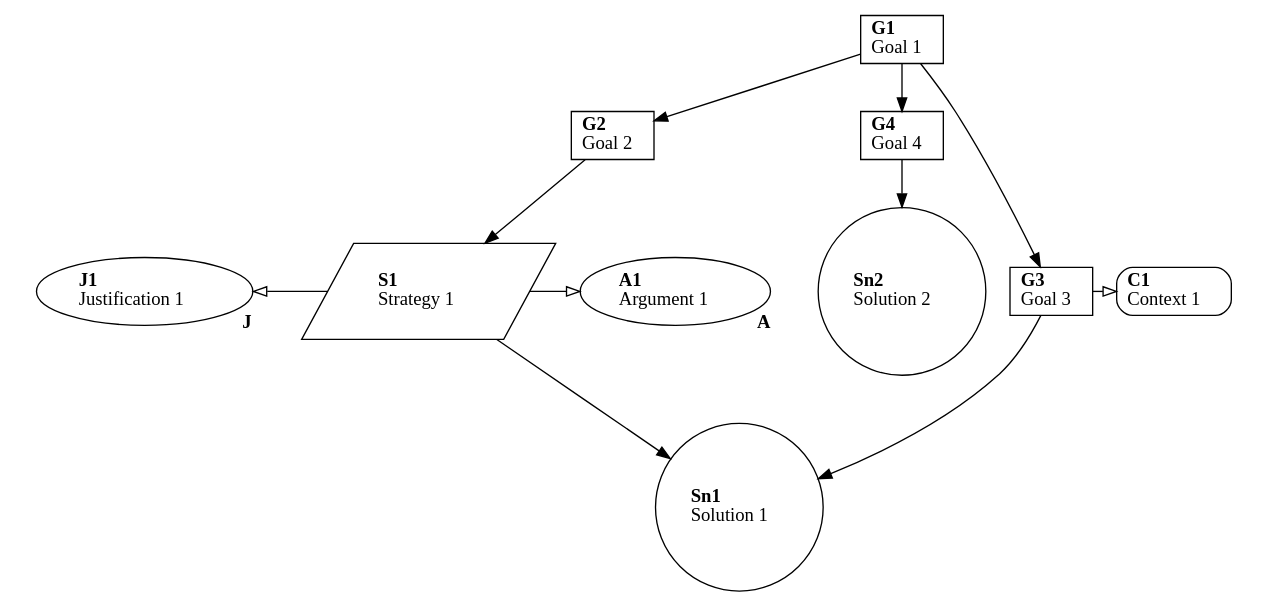
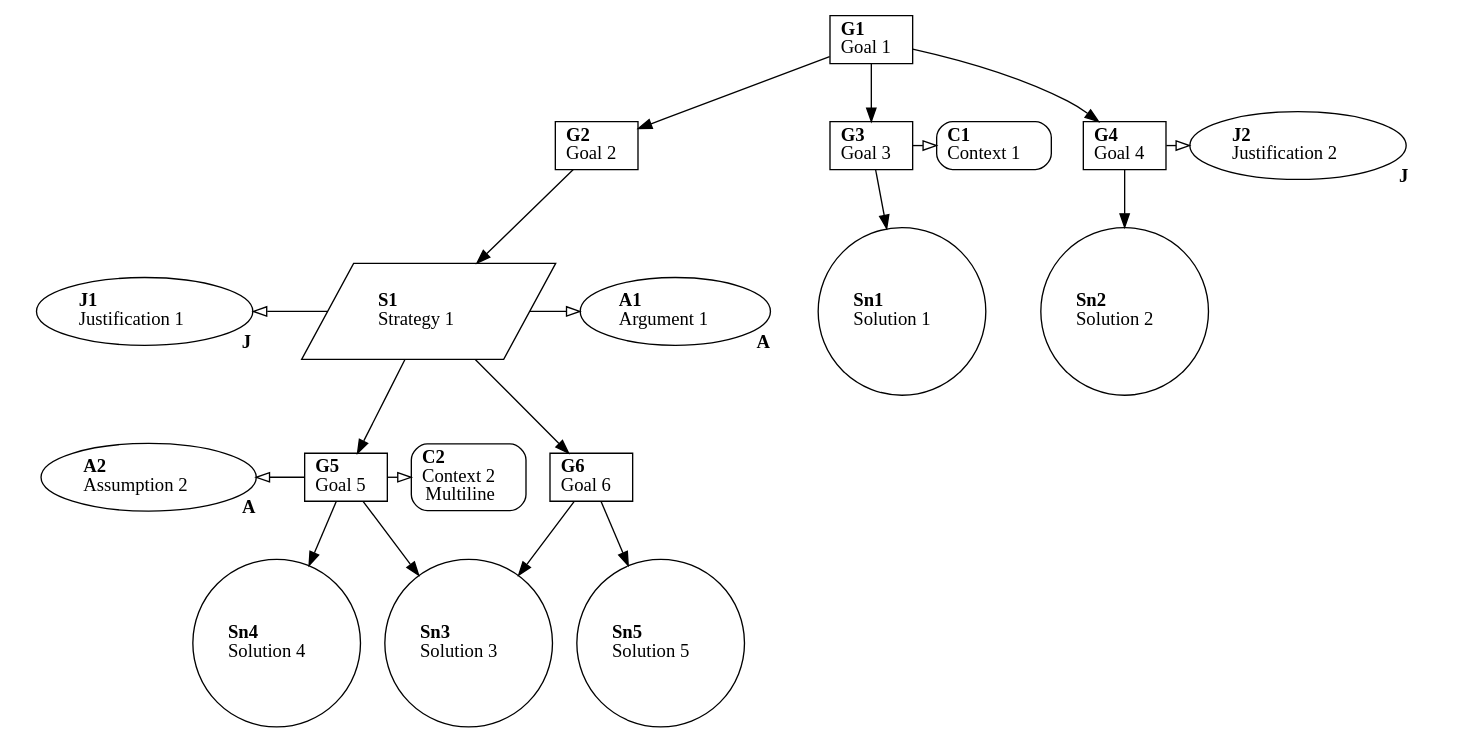
One commit to jonasthewolf/gsn2x changed the diagram in example.gsn.dot. Above: the diagram before and after it, drawn with Graphviz. The commit also changed 3 other files, not shown here.

```diff
--- a/example.gsn.dot
+++ b/example.gsn.dot
@@ -1,43 +1,73 @@
-## {'G1': ['Goal 1', {'supportedBy': ['G2', 'G3', 'G4']}], 'G2': ['Goal 2', {'supportedBy': ['S1']}], 'G4': ['Goal 4', {'supportedBy': ['Sn2']}], 'G3': ['Goal 3', {'supportedBy': ['Sn1']}, {'inContextOf': ['C1']}], 'C1': ['Context 1'], 'S1': ['Strategy 1', {'supportedBy': ['Sn1']}, {'inContextOf': ['A1', 'J1']}], 'A1': ['Argument 1'], 'Sn1': ['Solution 1'], 'Sn2': ['Solution 2'], 'J1': ['Justification 1']}
+## {"A1": GsnNode { text: "Argument 1", in_context_of: None, supported_by: None }, "A2": GsnNode { text: "Assumption 2", in_context_of: None, supported_by: None }, "C1": GsnNode { text: "Context 1", in_context_of: None, supported_by: None }, "C2": GsnNode { text: "Context 2\nMultiline\n", in_context_of: None, supported_by: None }, "G1": GsnNode { text: "Goal 1", in_context_of: None, supported_by: Some(["G2", "G3", "G4"]) }, "G2": GsnNode { text: "Goal 2", in_context_of: None, supported_by: Some(["S1"]) }, "G3": GsnNode { text: "Goal 3", in_context_of: Some(["C1"]), supported_by: Some(["Sn1"]) }, "G4": GsnNode { text: "Goal 4", in_context_of: Some(["J2"]), supported_by: Some(["Sn2"]) }, "G5": GsnNode { text: "Goal 5", in_context_of: Some(["C2", "A2"]), supported_by: Some(["Sn3", "Sn4"]) }, "G6": GsnNode { text: "Goal 6", in_context_of: None, supported_by: Some(["Sn3", "Sn5"]) }, "J1": GsnNode { text: "Justification 1", in_context_of: None, supported_by: None }, "J2": GsnNode { text: "Justification 2", in_context_of: None, supported_by: None }, "S1": GsnNode { text: "Strategy 1", in_context_of: Some(["A1", "J1"]), supported_by: Some(["G5", "G6"]) }, "Sn1": GsnNode { text: "Solution 1", in_context_of: None, supported_by: None }, "Sn2": GsnNode { text: "Solution 2", in_context_of: None, supported_by: None }, "Sn3": GsnNode { text: "Solution 3", in_context_of: None, supported_by: None }, "Sn4": GsnNode { text: "Solution 4", in_context_of: None, supported_by: None }, "Sn5": GsnNode { text: "Solution 5", in_context_of: None, supported_by: None }}
 
 
 digraph "example.gsn.yaml" {
 
   ## Elements
+  "A1" [shape="oval", label=<<B>A1</B><BR align="left"/>Argument 1>];
+  "A1":e -> "A1":e [headlabel=< <B>A</B> >, labeldistance=2.5, penwidth=0, arrowhead=none];
+  "A2" [shape="oval", label=<<B>A2</B><BR align="left"/>Assumption 2>];
+  "A2":e -> "A2":e [headlabel=< <B>A</B> >, labeldistance=2.5, penwidth=0, arrowhead=none];
+  "C1" [shape="box", style="rounded", label=<<B>C1</B><BR align="left"/>Context 1>];
+  "C2" [shape="box", style="rounded", label=<<B>C2</B><BR align="left"/>Context 2<BR align="left"/>Multiline>];
   "G1" [shape="box", label=<<B>G1</B><BR align="left"/>Goal 1>];
   "G2" [shape="box", label=<<B>G2</B><BR align="left"/>Goal 2>];
+  "G3" [shape="box", label=<<B>G3</B><BR align="left"/>Goal 3>];
   "G4" [shape="box", label=<<B>G4</B><BR align="left"/>Goal 4>];
-  "G3" [shape="box", label=<<B>G3</B><BR align="left"/>Goal 3>];
-  "C1" [shape="box", style="rounded", label=<<B>C1</B><BR align="left"/>Context 1>];
+  "G5" [shape="box", label=<<B>G5</B><BR align="left"/>Goal 5>];
+  "G6" [shape="box", label=<<B>G6</B><BR align="left"/>Goal 6>];
+  "J1" [shape="oval", label=<<B>J1</B><BR align="left"/>Justification 1>];
+  "J1":e -> "J1":e [headlabel=< <B>J</B> >, labeldistance=2.5, penwidth=0, arrowhead=none];
+  "J2" [shape="oval", label=<<B>J2</B><BR align="left"/>Justification 2>];
+  "J2":e -> "J2":e [headlabel=< <B>J</B> >, labeldistance=2.5, penwidth=0, arrowhead=none];
   "S1" [shape="parallelogram", label=<<B>S1</B><BR align="left"/>Strategy 1>];
-  "A1" [shape="oval", label=<<B>A1</B><BR align="left"/>Argument 1>];
-  "A1":e -> "A1":e [headlabel=< <B>A</B> >, labeldistance=2.5, penwidth=0, arrowhead=none];
   "Sn1" [shape="circle", label=<<B>Sn1</B><BR align="left"/>Solution 1>];
   "Sn2" [shape="circle", label=<<B>Sn2</B><BR align="left"/>Solution 2>];
-  "J1" [shape="oval", label=<<B>J1</B><BR align="left"/>Justification 1>];
-  "J1":e -> "J1":e [headlabel=< <B>J</B> >, labeldistance=2.5, penwidth=0, arrowhead=none];
+  "Sn3" [shape="circle", label=<<B>Sn3</B><BR align="left"/>Solution 3>];
+  "Sn4" [shape="circle", label=<<B>Sn4</B><BR align="left"/>Solution 4>];
+  "Sn5" [shape="circle", label=<<B>Sn5</B><BR align="left"/>Solution 5>];
 
   ## Relations
   "G1" -> "G2";
   "G1" -> "G3";
   "G1" -> "G4";
   "G2" -> "S1";
-  "G4" -> "Sn2";
   "G3" -> "Sn1";
-  subgraph cluster4 {
+  subgraph cluster7 {
     graph[peripheries=0];
     {
       rank = same;
       "G3" -> "C1" [arrowhead=empty];
     }
   }
-  "S1" -> "Sn1";
-  subgraph cluster6 {
+  "G4" -> "Sn2";
+  subgraph cluster8 {
+    graph[peripheries=0];
+    {
+      rank = same;
+      "G4" -> "J2" [arrowhead=empty];
+    }
+  }
+  "G5" -> "Sn3";
+  "G5" -> "Sn4";
+  subgraph cluster9 {
+    graph[peripheries=0];
+    {
+      rank = same;
+      "G5" -> "C2" [arrowhead=empty];
+      "A2" -> "G5" [dir=back, arrowtail=empty];
+    }
+  }
+  "G6" -> "Sn3";
+  "G6" -> "Sn5";
+  "S1" -> "G5";
+  "S1" -> "G6";
+  subgraph cluster13 {
     graph[peripheries=0];
     {
       rank = same;
       "S1" -> "A1" [arrowhead=empty];
       "J1" -> "S1" [dir=back, arrowtail=empty];
     }
   }
 }
```
